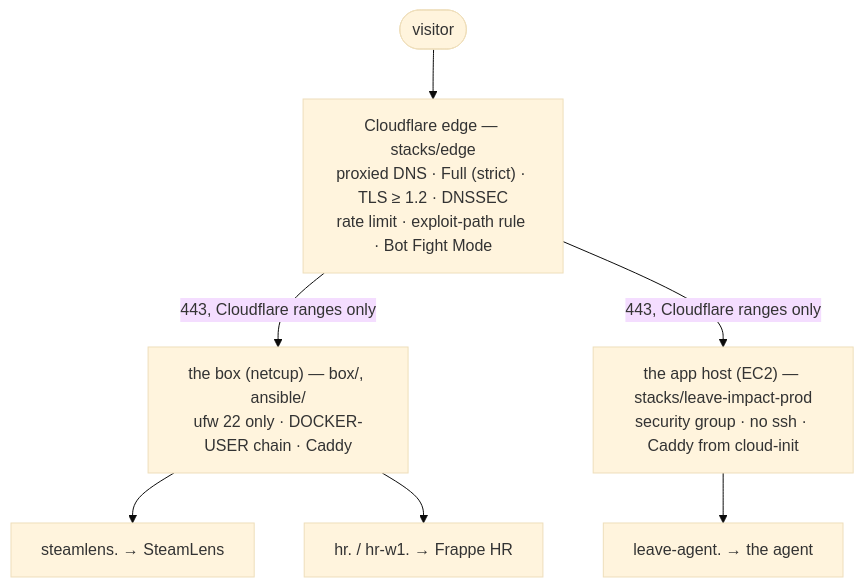
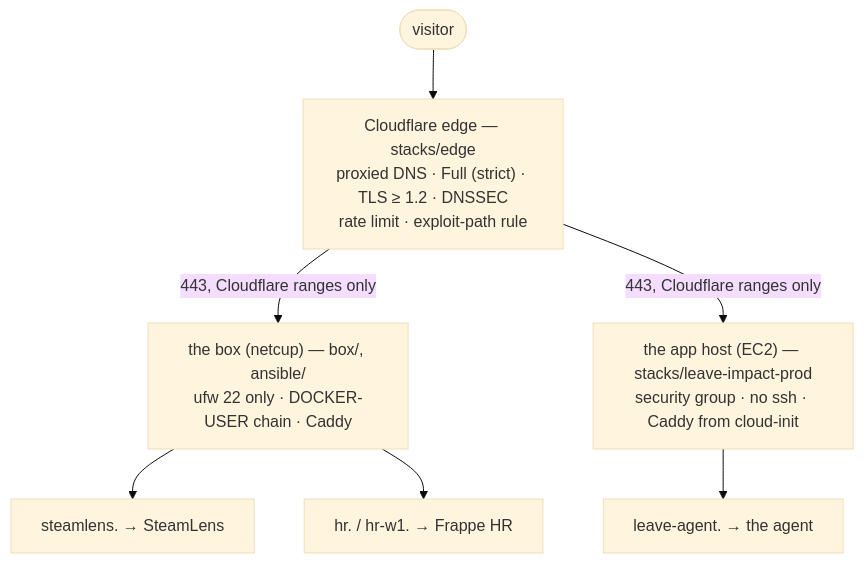
Before and after one commit to arda-basarici/platform: the diagram in README.md, drawn with Mermaid (base theme). The commit also changed 3 other files, not shown here.

Commit message:
edge: Bot Fight Mode off (the world site's first cloud-network clients challenged on their first request, no exception on the free plan); the docs' dated outcome, the hollow monitor observation corrected, the paid-plan trigger re-cut

````diff
--- a/README.md
+++ b/README.md
@@ -69,14 +69,14 @@
 ```mermaid
 %%{init: {"flowchart": {"diagramPadding": 150}}}%%
 flowchart TD
     V([visitor]) --> CF["`Cloudflare edge — stacks/edge
     proxied DNS · Full (strict) · TLS ≥ 1.2 · DNSSEC
-    rate limit · exploit-path rule · Bot Fight Mode`"]
+    rate limit · exploit-path rule`"]
     CF -->|"443, Cloudflare ranges only"| BOX["`the box (netcup) — box/, ansible/
     ufw 22 only · DOCKER-USER chain · Caddy`"]
     CF -->|"443, Cloudflare ranges only"| AWS["`the app host (EC2) — stacks/leave-impact-prod
     security group · no ssh · Caddy from cloud-init`"]
     BOX --> SL["steamlens. → SteamLens"]
     BOX --> HR["hr. / hr-w1. → Frappe HR"]
     AWS --> LA["leave-agent. → the agent"]
 ```
````
